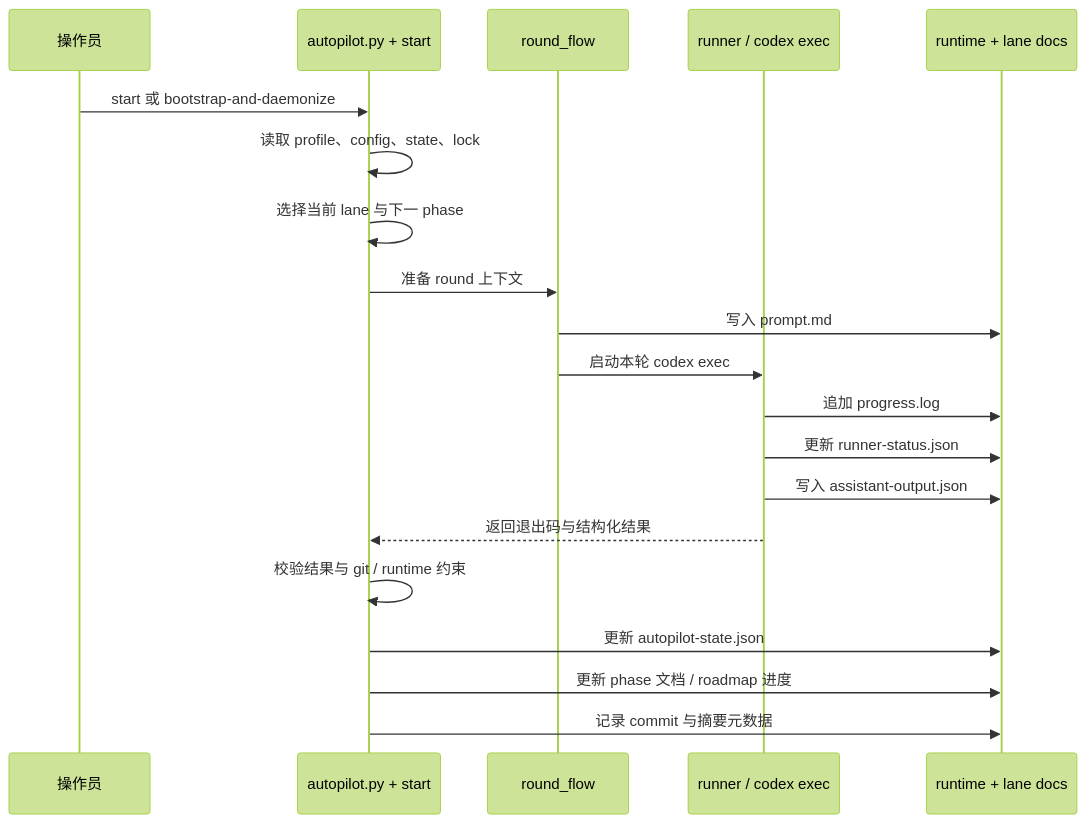
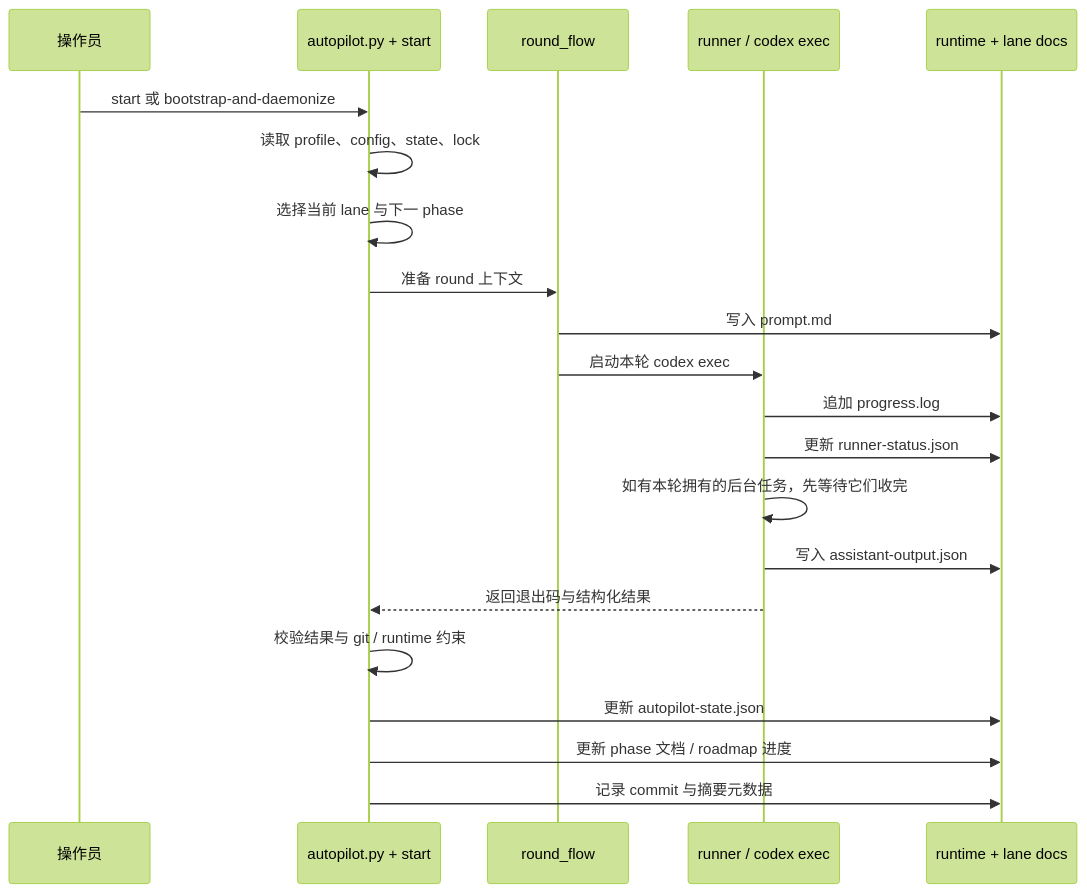
The second of 2 diagrams in custom/codex-autopilot-scaffold/RUNTIME-ARCHITECTURE.zh-CN.md (OCDcreator/my-skills), drawn with Mermaid (forest theme) before and after one commit. The commit also changed other lines of this file and 16 other files, not shown here.

````diff
--- a/custom/codex-autopilot-scaffold/RUNTIME-ARCHITECTURE.zh-CN.md
+++ b/custom/codex-autopilot-scaffold/RUNTIME-ARCHITECTURE.zh-CN.md
@@ -81,23 +81,24 @@
 ```mermaid
 sequenceDiagram
     participant Operator as 操作员
     participant Controller as autopilot.py + start
     participant RoundFlow as round_flow
     participant Runner as runner / codex exec
     participant Runtime as runtime + lane docs
 
     Operator->>Controller: start 或 bootstrap-and-daemonize
     Controller->>Controller: 读取 profile、config、state、lock
     Controller->>Controller: 选择当前 lane 与下一 phase
     Controller->>RoundFlow: 准备 round 上下文
     RoundFlow->>Runtime: 写入 prompt.md
     RoundFlow->>Runner: 启动本轮 codex exec
     Runner->>Runtime: 追加 progress.log
     Runner->>Runtime: 更新 runner-status.json
+    Runner->>Runner: 如有本轮拥有的后台任务，先等待它们收完
     Runner->>Runtime: 写入 assistant-output.json
     Runner-->>Controller: 返回退出码与结构化结果
     Controller->>Controller: 校验结果与 git / runtime 约束
     Controller->>Runtime: 更新 autopilot-state.json
     Controller->>Runtime: 更新 phase 文档 / roadmap 进度
     Controller->>Runtime: 记录 commit 与摘要元数据
 ```
````
